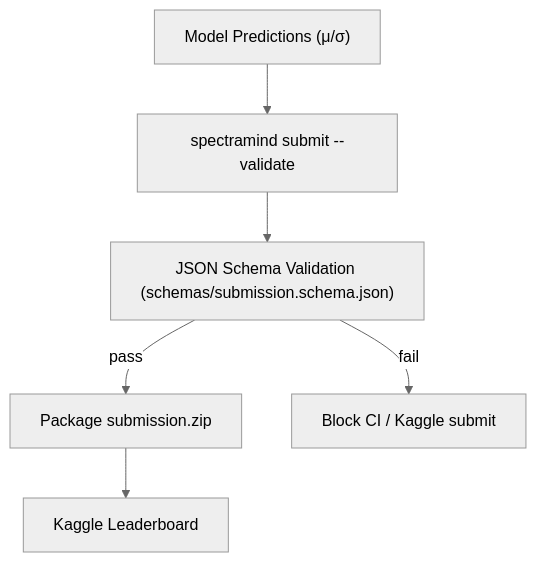
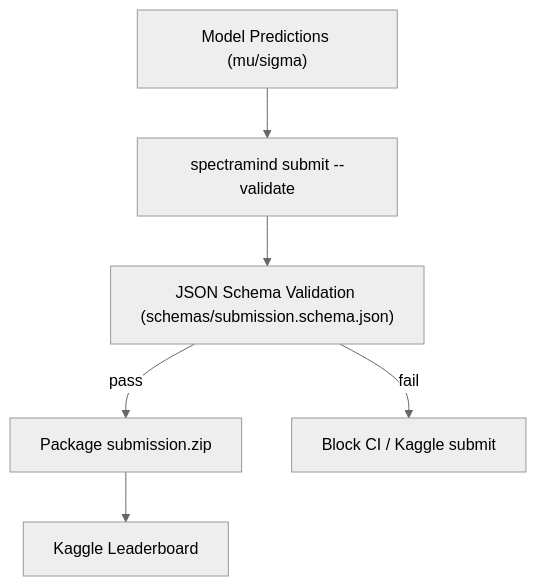
The diagram in ADR/0007-submission-schema-validation.md (bartytime4life/SpectralMindV50), drawn with Mermaid (neutral theme) before and after one commit. The commit also changed other lines of this file, not shown here.

`````diff
--- a/ADR/0007-submission-schema-validation.md
+++ b/ADR/0007-submission-schema-validation.md
@@ -72,8 +68,8 @@
 ```mermaid
 flowchart TD
-  A["Model Predictions (μ/σ)"] --> B["spectramind submit --validate"]
+  A["Model Predictions (mu/sigma)"] --> B["spectramind submit --validate"]
   B --> C["JSON Schema Validation (schemas/submission.schema.json)"]
   C -->|pass| D["Package submission.zip"]
   C -->|fail| E["Block CI / Kaggle submit"]
   D --> F["Kaggle Leaderboard"]
-```
+````
`````
